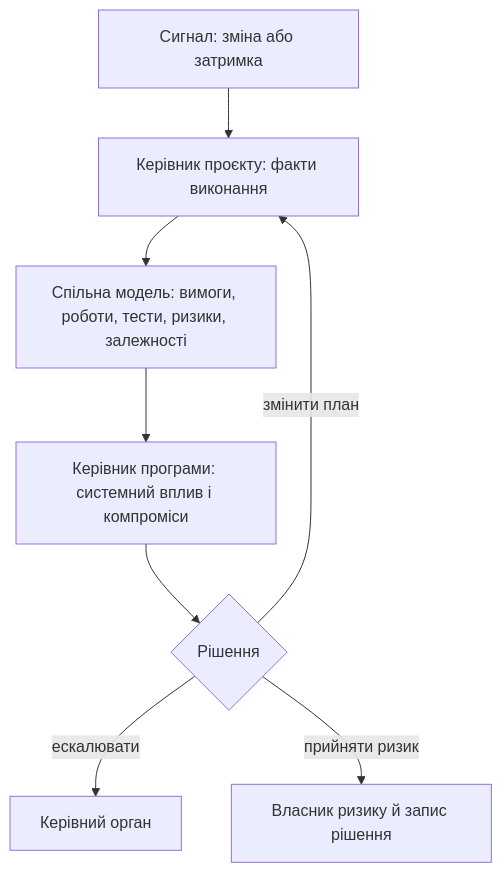
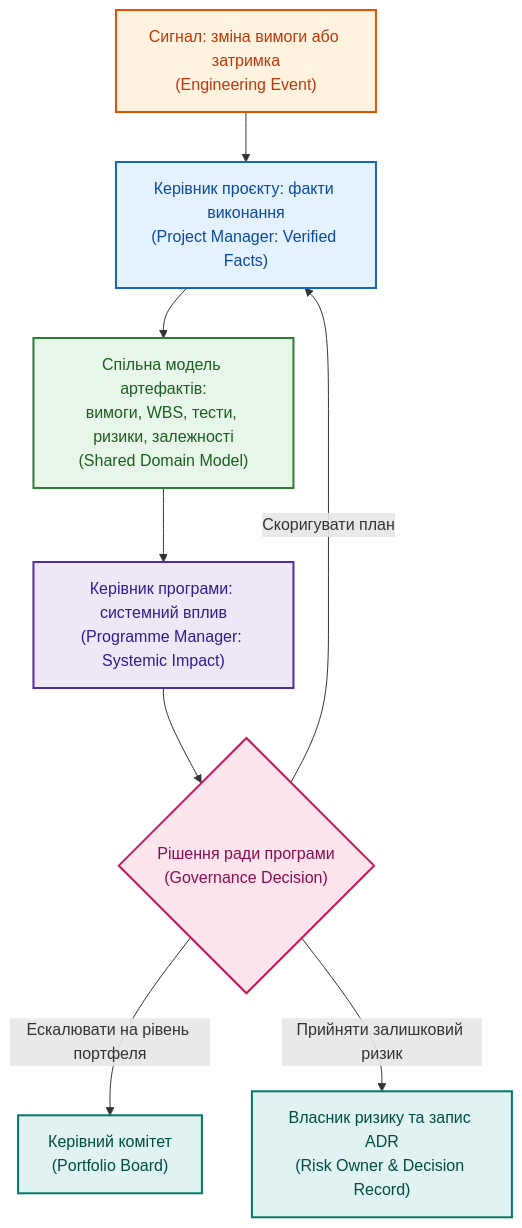
The diagram in Project_Management/DOU-Project-Programme-Management-Systems-Part-1-UA.md (nick-fedchik/articles), drawn with Mermaid before and after one commit. The commit also changed other lines of this file and 20 other files, not shown here.

Commit message:
docs(pm): update Project Management DOU articles with math models, colored diagrams, and structured sections

````diff
--- a/Project_Management/DOU-Project-Programme-Management-Systems-Part-1-UA.md
+++ b/Project_Management/DOU-Project-Programme-Management-Systems-Part-1-UA.md
@@ -31,10 +41,27 @@
 ```mermaid
 flowchart TB
-    S[Сигнал: зміна або затримка] --> P[Керівник проєкту: факти виконання]
-    P --> M[Спільна модель: вимоги, роботи, тести, ризики, залежності]
-    M --> G[Керівник програми: системний вплив і компроміси]
-    G --> D{Рішення}
-    D -->|змінити план| P
-    D -->|ескалювати| E[Керівний орган]
-    D -->|прийняти ризик| R[Власник ризику й запис рішення]
+    accTitle: Цикл взаємодії між проєктним і програмним рівнями
+    accDescr: Передача фактів виконання від керівника проєкту до керівника програми через спільну модель артефактів.
+
+    S["Сигнал: зміна вимоги або затримка<br/>(Engineering Event)"] --> P["Керівник проєкту: факти виконання<br/>(Project Manager: Verified Facts)"]
+    P --> M["Спільна модель артефактів:<br/>вимоги, WBS, тести, ризики, залежності<br/>(Shared Domain Model)"]
+    M --> G["Керівник програми: системний вплив<br/>(Programme Manager: Systemic Impact)"]
+    G --> D{"Рішення ради програми<br/>(Governance Decision)"}
+    D -->|Скоригувати план| P
+    D -->|Ескалювати на рівень портфеля| E["Керівний комітет<br/>(Portfolio Board)"]
+    D -->|Прийняти залишковий ризик| R["Власник ризику та запис ADR<br/>(Risk Owner & Decision Record)"]
+
+    classDef evt fill:#fff3e0,stroke:#e65100,stroke-width:2px,color:#bf360c;
+    classDef pm fill:#e3f2fd,stroke:#1565c0,stroke-width:2px,color:#0d47a1;
+    classDef model fill:#e8f5e9,stroke:#2e7d32,stroke-width:2px,color:#1b5e20;
+    classDef pgm fill:#ede7f6,stroke:#512da8,stroke-width:2px,color:#311b92;
+    classDef dec fill:#fce4ec,stroke:#c2185b,stroke-width:2px,color:#880e4f;
+    classDef out fill:#e0f2f1,stroke:#00796b,stroke-width:2px,color:#004d40;
+
+    class S evt;
+    class P pm;
+    class M model;
+    class G pgm;
+    class D dec;
+    class E,R out;
 ```
````
